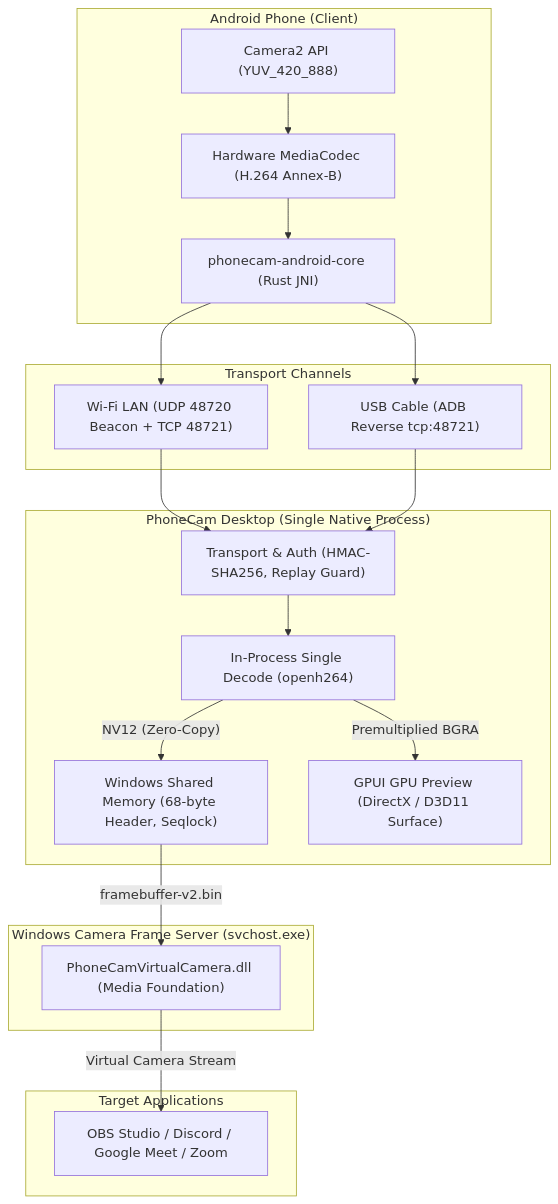
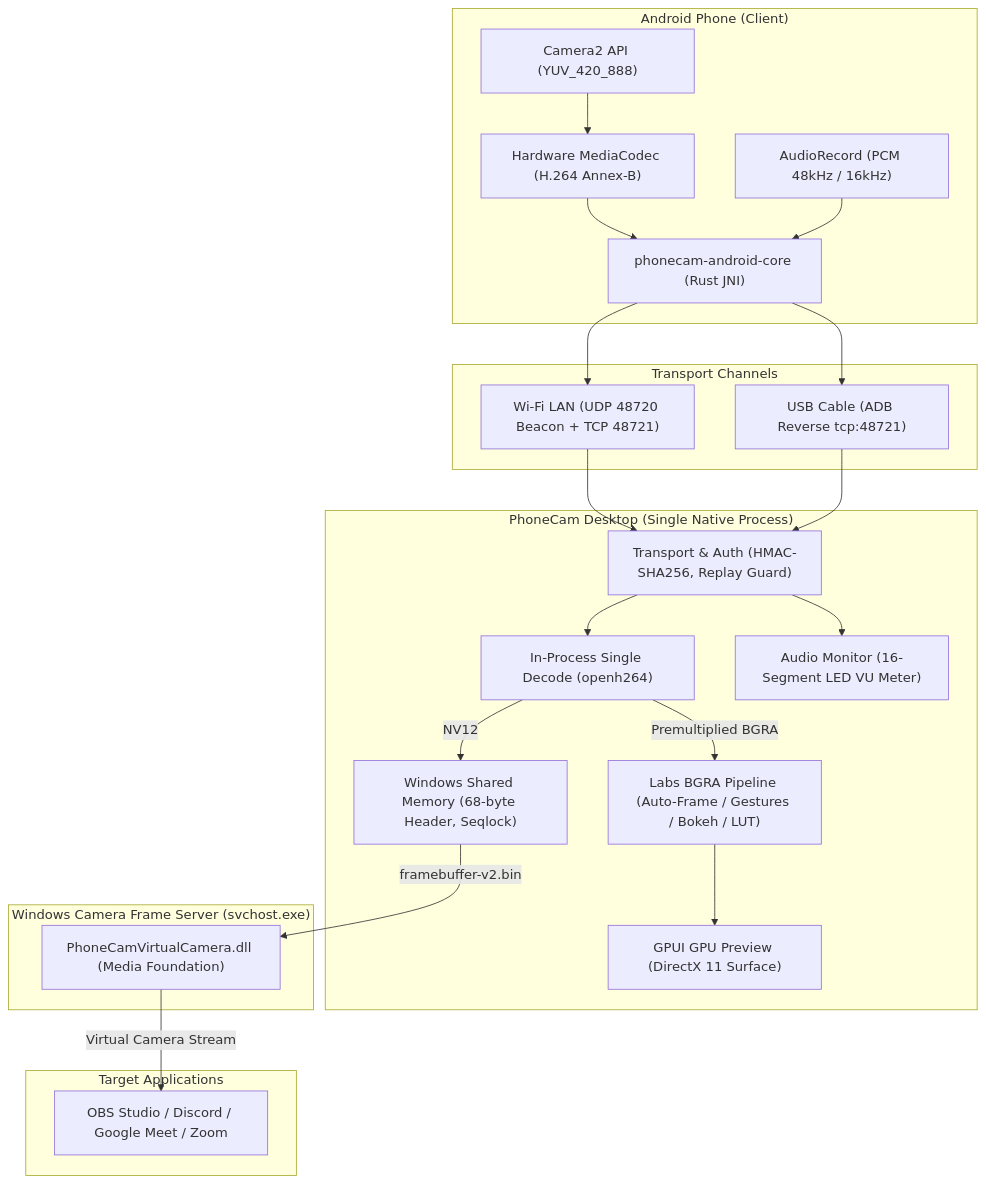
One commit to primahagantha/phonecam changed the first of 2 diagrams in docs/architecture.md. Above: the diagram before and after it, drawn with Mermaid. The commit also changed other lines of this file and 15 other files, not shown here.

````diff
--- a/docs/architecture.md
+++ b/docs/architecture.md
@@ -14,43 +11,48 @@
 ```mermaid
 flowchart TD
     subgraph Android["Android Phone (Client)"]
         Cam["Camera2 API (YUV_420_888)"]
+        Mic["AudioRecord (PCM 48kHz / 16kHz)"]
         Enc["Hardware MediaCodec (H.264 Annex-B)"]
         JNI["phonecam-android-core (Rust JNI)"]
         Cam --> Enc --> JNI
+        Mic --> JNI
     end
 
     subgraph Link["Transport Channels"]
         WiFi["Wi-Fi LAN (UDP 48720 Beacon + TCP 48721)"]
         USB["USB Cable (ADB Reverse tcp:48721)"]
     end
 
     JNI --> WiFi
     JNI --> USB
 
     subgraph Desktop["PhoneCam Desktop (Single Native Process)"]
         Auth["Transport & Auth (HMAC-SHA256, Replay Guard)"]
         Dec["In-Process Single Decode (openh264)"]
+        Audio["Audio Monitor (16-Segment LED VU Meter)"]
         Shm["Windows Shared Memory (68-byte Header, Seqlock)"]
-        UI["GPUI GPU Preview (DirectX / D3D11 Surface)"]
+        Labs["Labs BGRA Pipeline (Auto-Frame / Gestures / Bokeh / LUT)"]
+        UI["GPUI GPU Preview (DirectX 11 Surface)"]
 
         Auth --> Dec
-        Dec -->|"NV12 (Zero-Copy)"| Shm
-        Dec -->|"Premultiplied BGRA"| UI
+        Auth --> Audio
+        Dec -->|"NV12"| Shm
+        Dec -->|"Premultiplied BGRA"| Labs --> UI
     end
 
     WiFi --> Auth
     USB --> Auth
 
     subgraph VCamService["Windows Camera Frame Server (svchost.exe)"]
         DLL["PhoneCamVirtualCamera.dll (Media Foundation)"]
     end
 
     Shm -->|"framebuffer-v2.bin"| DLL
 
     subgraph Apps["Target Applications"]
         Consumer["OBS Studio / Discord / Google Meet / Zoom"]
     end
 
     DLL -->|"Virtual Camera Stream"| Consumer
 ```
````
